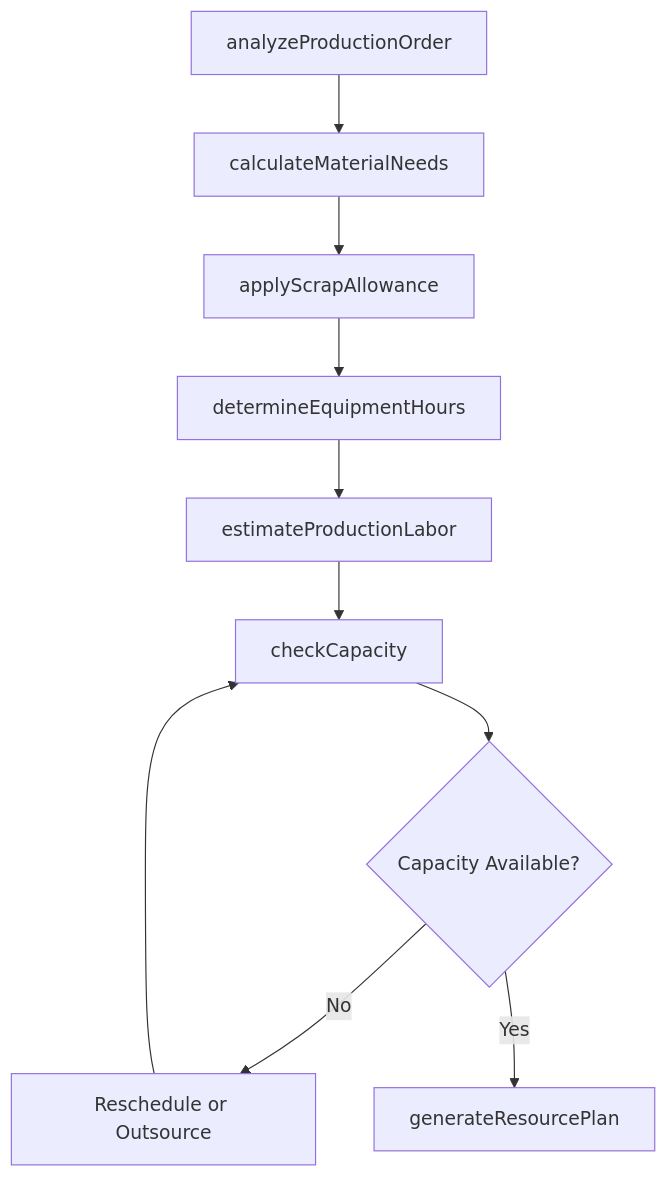
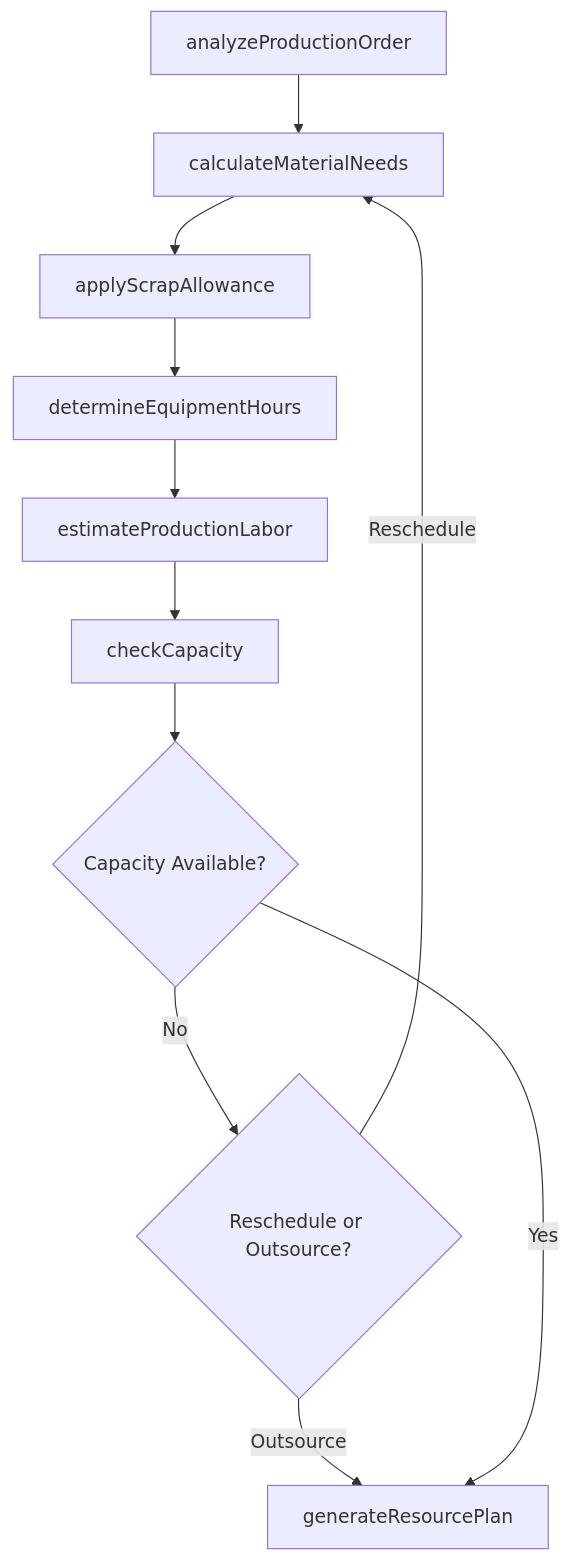
The third of 4 diagrams in MakingDecisionsAndSolvingProblems/DetermineResourceNeedsOfProjectsOrOperations/CalculateSpecificMaterialEquipmentLabor.mdx (dot-org-ai/tasks.org.ai), drawn with Mermaid before and after one commit. The commit also changed other lines of this file and 504 other files, not shown here.

First line of the commit message:
feat: Add ER diagrams, state diagrams, and workflow improvements to 96 DWA task files

````diff
--- a/MakingDecisionsAndSolvingProblems/DetermineResourceNeedsOfProjectsOrOperations/CalculateSpecificMaterialEquipmentLabor.mdx
+++ b/MakingDecisionsAndSolvingProblems/DetermineResourceNeedsOfProjectsOrOperations/CalculateSpecificMaterialEquipmentLabor.mdx
@@ -85,12 +112,13 @@
 ```mermaid
 graph TD
     A[analyzeProductionOrder] --> B[calculateMaterialNeeds]
     B --> C[applyScrapAllowance]
     C --> D[determineEquipmentHours]
     D --> E[estimateProductionLabor]
     E --> F[checkCapacity]
     F --> G{Capacity Available?}
-    G -->|No| H[Reschedule or Outsource]
-    H --> F
-    G -->|Yes| I[generateResourcePlan]
+    G -->|No| H{Reschedule or Outsource?}
+    H -->|Reschedule| B
+    H -->|Outsource| I[generateResourcePlan]
+    G -->|Yes| I
 ```
````
